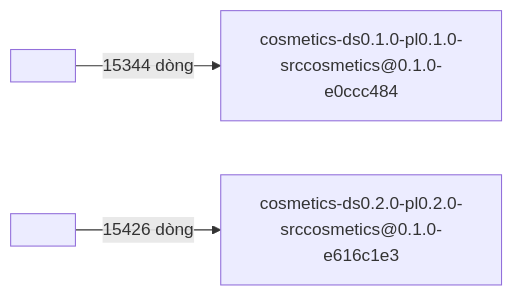
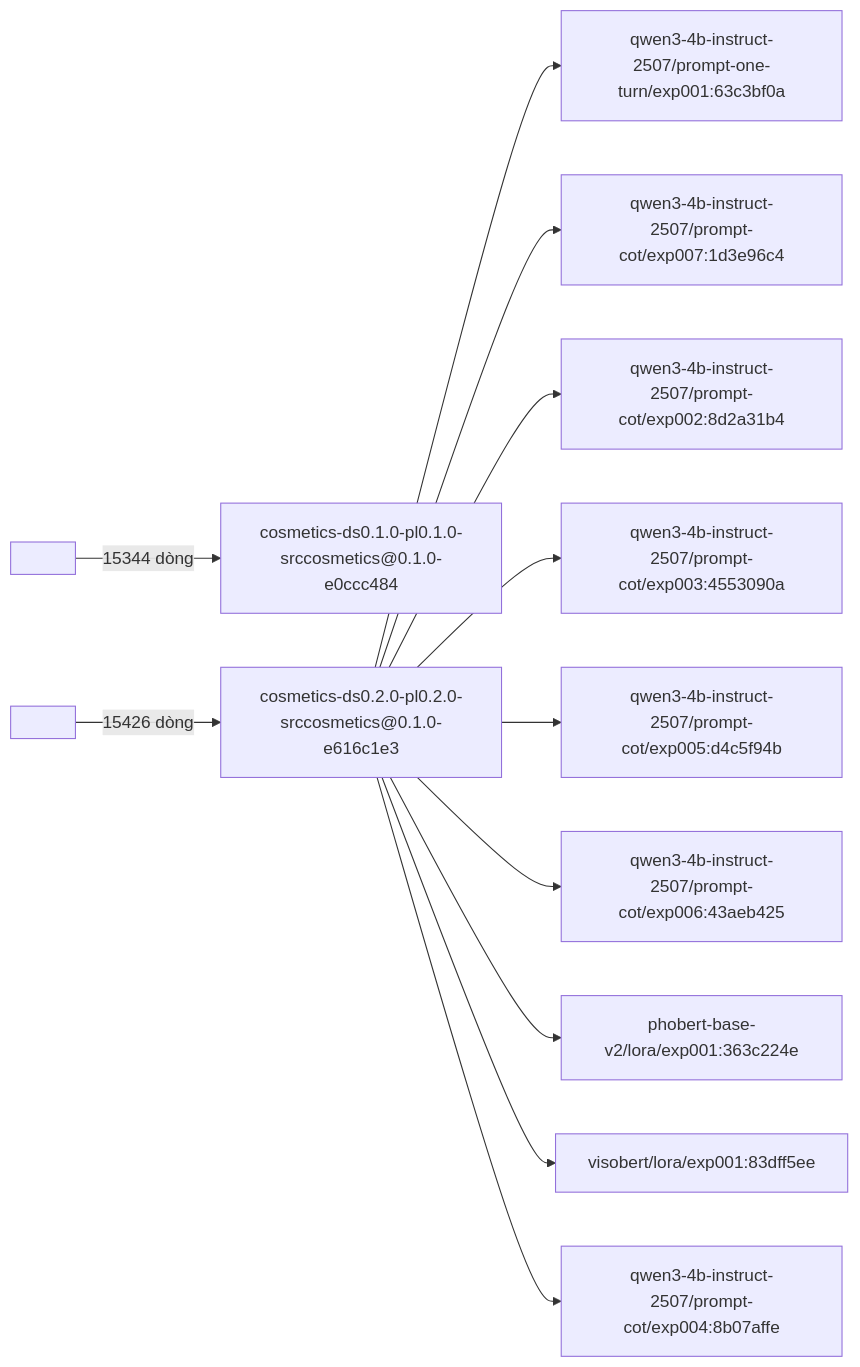
Before and after one commit to TrieuKhac-dev/SentimentX: the diagram in data/reports/dataset_registry/dataset_registry.md, drawn with Mermaid. The commit also changed 15 other files, not shown here.

````diff
--- a/data/reports/dataset_registry/dataset_registry.md
+++ b/data/reports/dataset_registry/dataset_registry.md
@@ -3,9 +3,27 @@
 ```mermaid
 graph LR
   n1["<nguồn v0.1.0>"]
   n2["cosmetics-ds0.1.0-pl0.1.0-srccosmetics@0.1.0-e0ccc484"]
   n3["<nguồn v0.2.0>"]
   n4["cosmetics-ds0.2.0-pl0.2.0-srccosmetics@0.1.0-e616c1e3"]
+  n5["qwen3-4b-instruct-2507/prompt-one-turn/exp001:63c3bf0a"]
+  n6["qwen3-4b-instruct-2507/prompt-cot/exp007:1d3e96c4"]
+  n7["qwen3-4b-instruct-2507/prompt-cot/exp002:8d2a31b4"]
+  n8["qwen3-4b-instruct-2507/prompt-cot/exp003:4553090a"]
+  n9["qwen3-4b-instruct-2507/prompt-cot/exp005:d4c5f94b"]
+  n10["qwen3-4b-instruct-2507/prompt-cot/exp006:43aeb425"]
+  n11["phobert-base-v2/lora/exp001:363c224e"]
+  n12["visobert/lora/exp001:83dff5ee"]
+  n13["qwen3-4b-instruct-2507/prompt-cot/exp004:8b07affe"]
   n1 -->|15344 dòng| n2
   n3 -->|15426 dòng| n4
+  n4 --> n5
+  n4 --> n6
+  n4 --> n7
+  n4 --> n8
+  n4 --> n9
+  n4 --> n10
+  n4 --> n11
+  n4 --> n12
+  n4 --> n13
 ```
````
